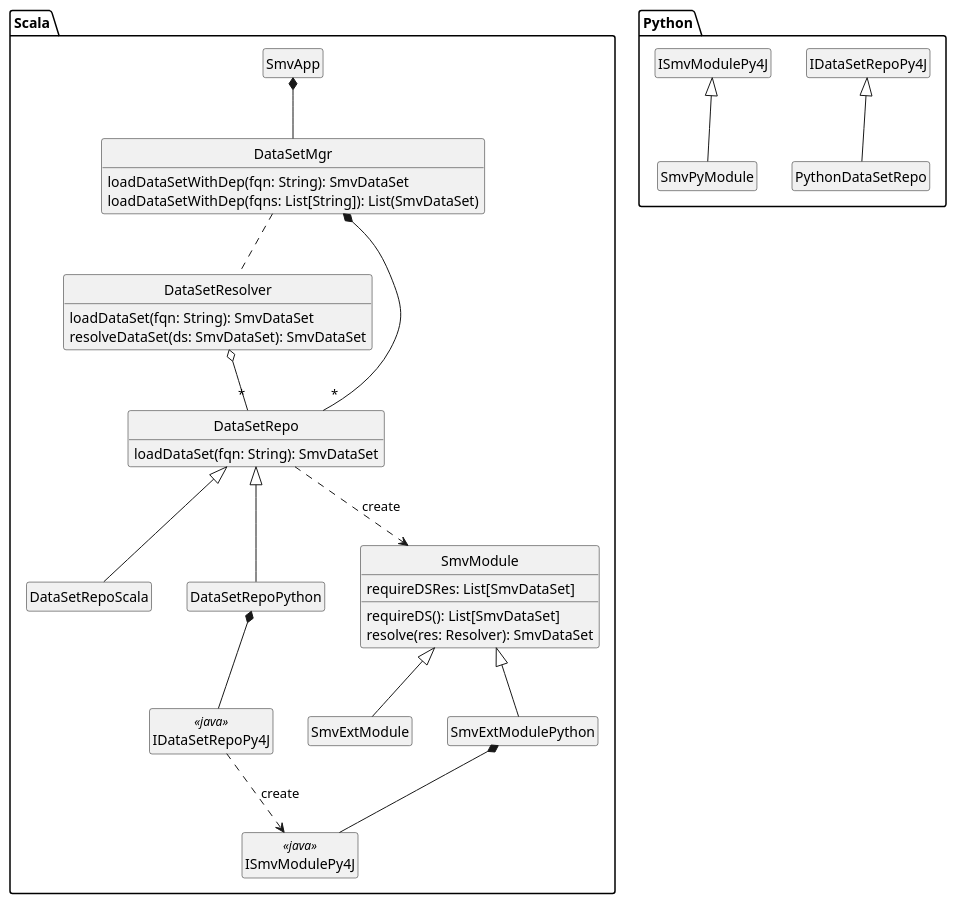
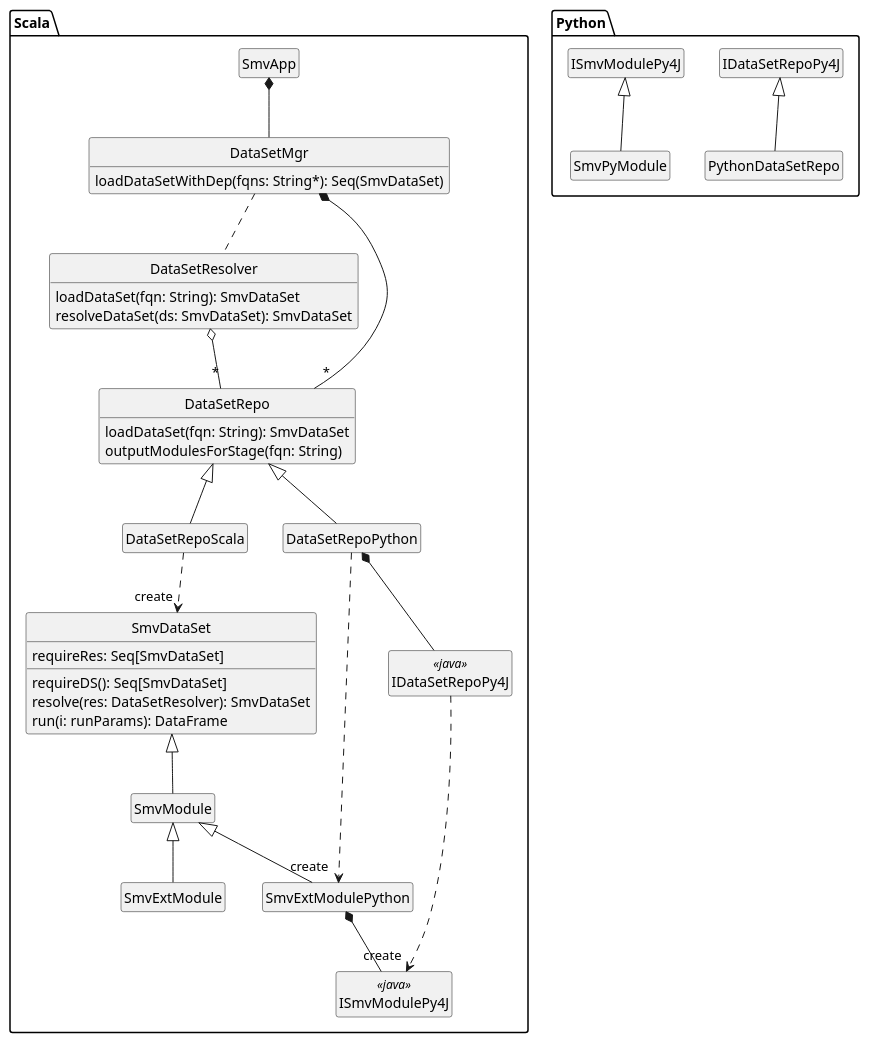
Before and after one commit to TresAmigosSD/SMV: the diagram in docs/design/DataSetMgr/DataSetMgr_class.puml, drawn with PlantUML.

Commit message:
update DataSetMgr class diagram

```diff
--- a/docs/design/DataSetMgr/DataSetMgr_class.puml
+++ b/docs/design/DataSetMgr/DataSetMgr_class.puml
@@ -1,47 +1,52 @@
 @startuml
 
 hide empty methods
 hide empty fields
 hide circle
 
 package Scala {
   class SmvApp
   class DataSetMgr {
-    loadDataSetWithDep(fqn: String): SmvDataSet
-    loadDataSetWithDep(fqns: List[String]): List(SmvDataSet)
+    loadDataSetWithDep(fqns: String*): Seq(SmvDataSet)
   }
   class DataSetResolver {
     loadDataSet(fqn: String): SmvDataSet
     resolveDataSet(ds: SmvDataSet): SmvDataSet
   }
   class DataSetRepo {
     loadDataSet(fqn: String): SmvDataSet
+    outputModulesForStage(fqn: String)
   }
-  class DataSetRepoScala extends DataSetRepo
-  class DataSetRepoPython extends DataSetRepo
+  together {
+    class DataSetRepoScala extends DataSetRepo
+    class DataSetRepoPython extends DataSetRepo
+  }
   class IDataSetRepoPy4J <<java>>
-  class SmvModule {
-    requireDS(): List[SmvDataSet]
-    resolve(res: Resolver): SmvDataSet
-    requireDSRes: List[SmvDataSet]
+  class SmvDataSet {
+    requireDS(): Seq[SmvDataSet]
+    resolve(res: DataSetResolver): SmvDataSet
+    run(i: runParams): DataFrame
+    requireRes: Seq[SmvDataSet]
   }
+  class SmvModule extends SmvDataSet
   class SmvExtModule extends SmvModule
   class SmvExtModulePython extends SmvModule
   class ISmvModulePy4J <<java>>
 
   SmvApp *-- DataSetMgr
   DataSetMgr .. DataSetResolver
   DataSetMgr *-- "*" DataSetRepo
   DataSetResolver o-- "*"   DataSetRepo
-  DataSetRepo ..> SmvModule : "create"
+  DataSetRepoScala ..> "create " SmvDataSet
   SmvExtModulePython *-- ISmvModulePy4J
   DataSetRepoPython *-- IDataSetRepoPy4J
-  IDataSetRepoPy4J ..> ISmvModulePy4J : "create"
+  DataSetRepoPython ..> "create " SmvExtModulePython
+  IDataSetRepoPy4J ..> "create " ISmvModulePy4J
 }
 
 package Python {
   class PythonDataSetRepo extends IDataSetRepoPy4J
   class SmvPyModule extends ISmvModulePy4J
 }
 
 @enduml
```
